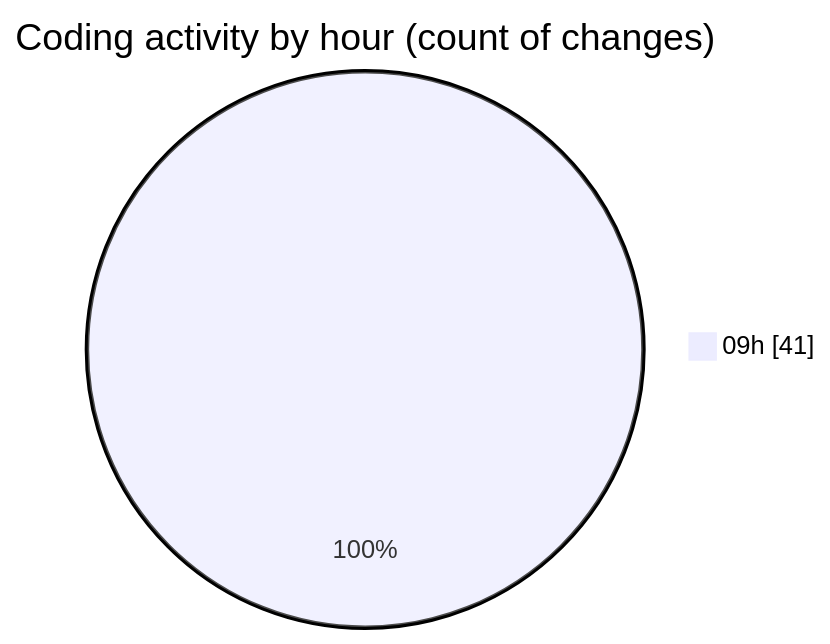
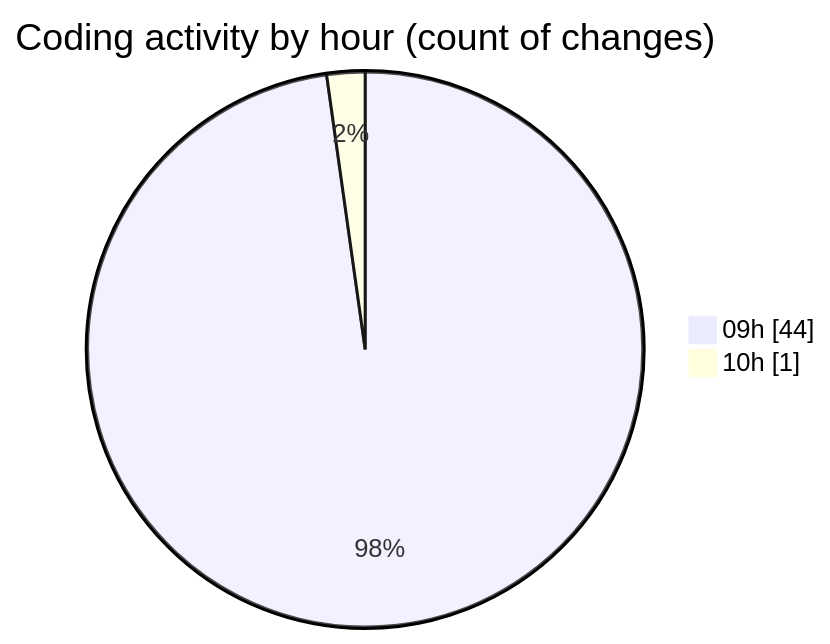
Before and after one commit to momahboobian/code-tracking: the second of 2 diagrams in 2026-08-07/cda/README.md, drawn with Mermaid. The commit also changed other lines of this file and 1 other file, not shown here.

````diff
--- a/2026-08-07/cda/README.md
+++ b/2026-08-07/cda/README.md
@@ -41,5 +41,6 @@
 ```mermaid
 pie showData
 title Coding activity by hour (count of changes)
-"09h" : 41
+"09h" : 44
+"10h" : 1
 ```
````
